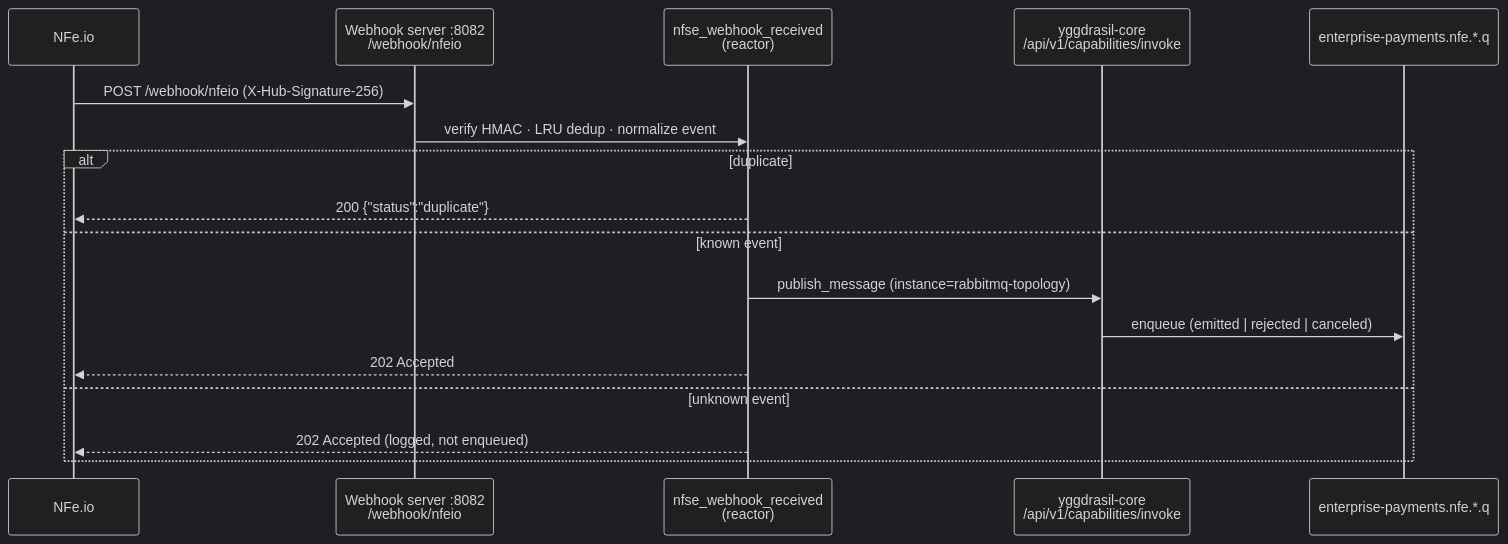
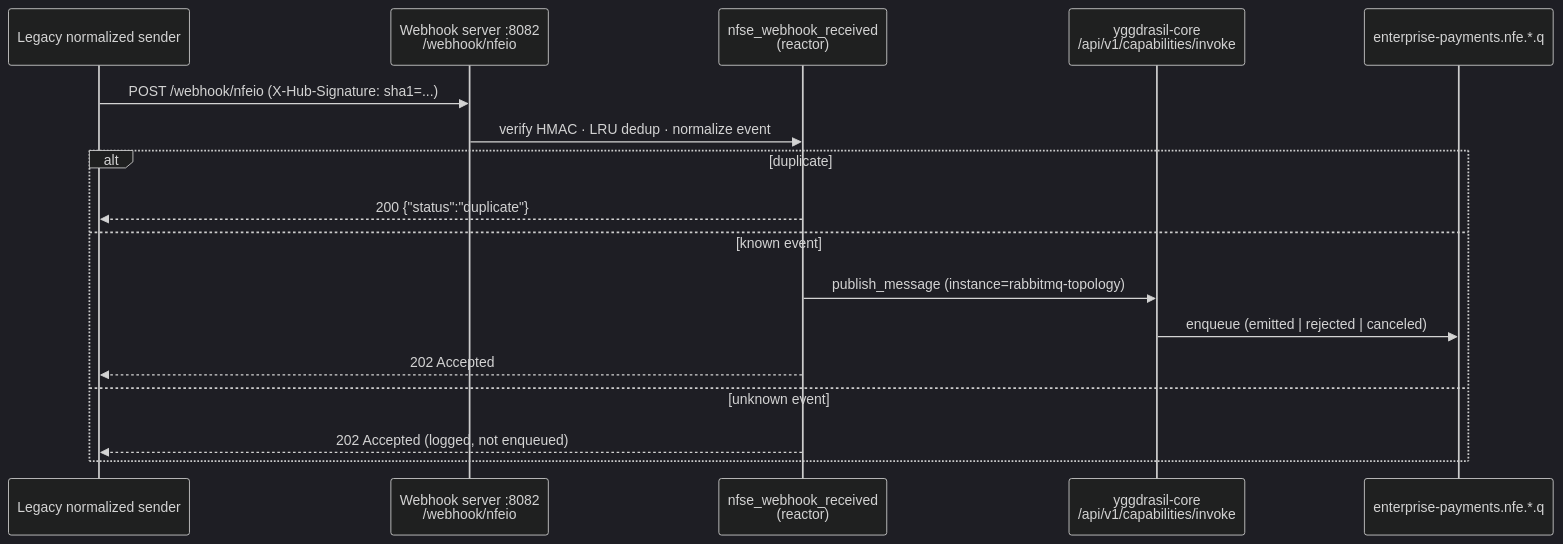
Before and after one commit to dakasa-yggdrasil/integration-nfeio: the third of 3 diagrams in README.md, drawn with Mermaid (dark theme). The commit also changed other lines of this file and 19 other files, not shown here.

````diff
--- a/README.md
+++ b/README.md
@@ -164,20 +171,20 @@
 ```mermaid
 sequenceDiagram
-  participant NFe as NFe.io
+  participant NFe as Legacy normalized sender
   participant WH as Webhook server :8082<br/>/webhook/nfeio
   participant RX as nfse_webhook_received<br/>(reactor)
   participant Core as yggdrasil-core<br/>/api/v1/capabilities/invoke
   participant Q as enterprise-payments.nfe.*.q
 
-  NFe->>WH: POST /webhook/nfeio (X-Hub-Signature-256)
+  NFe->>WH: POST /webhook/nfeio (X-Hub-Signature: sha1=...)
   WH->>RX: verify HMAC · LRU dedup · normalize event
   alt duplicate
     RX-->>NFe: 200 {"status":"duplicate"}
   else known event
     RX->>Core: publish_message (instance=rabbitmq-topology)
     Core->>Q: enqueue (emitted | rejected | canceled)
     RX-->>NFe: 202 Accepted
   else unknown event
     RX-->>NFe: 202 Accepted (logged, not enqueued)
   end
 ```
````
